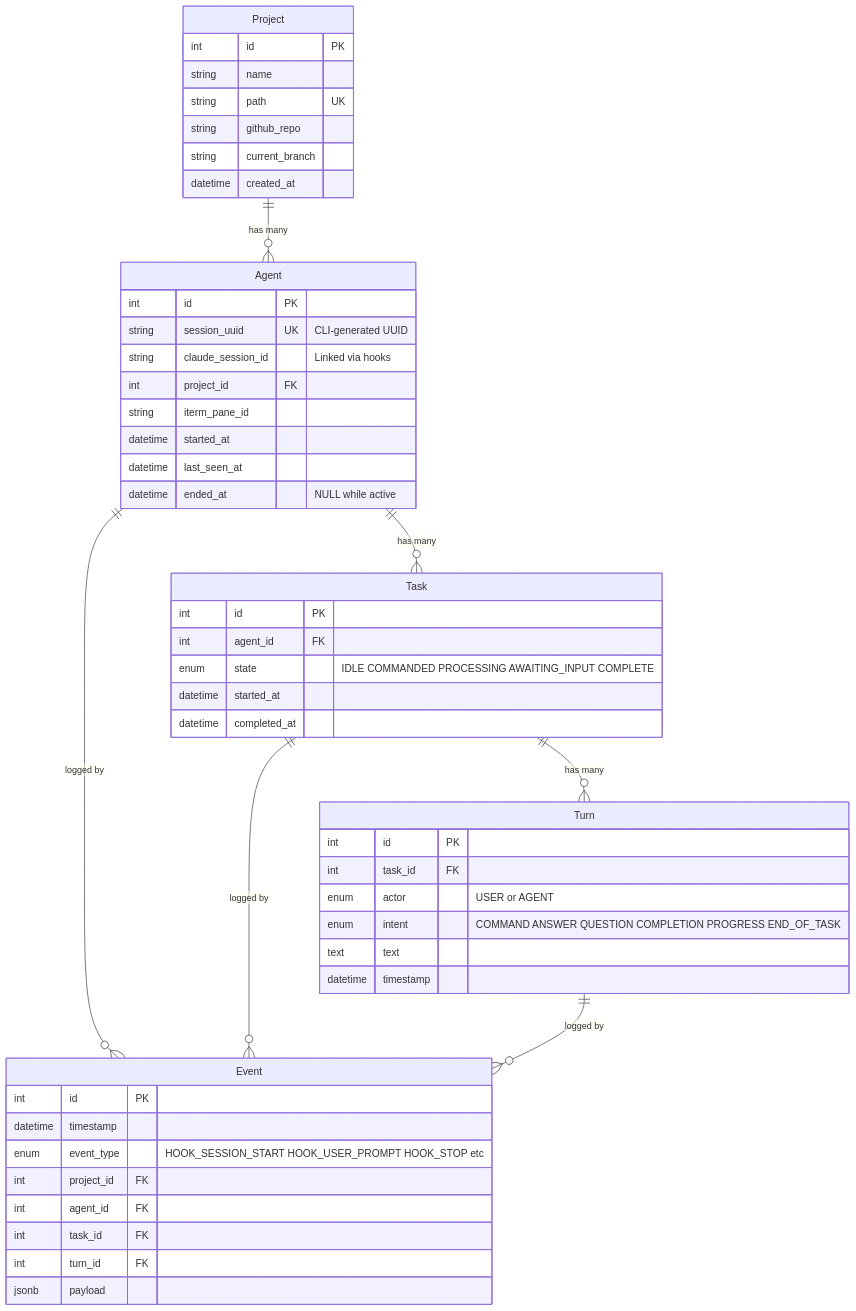
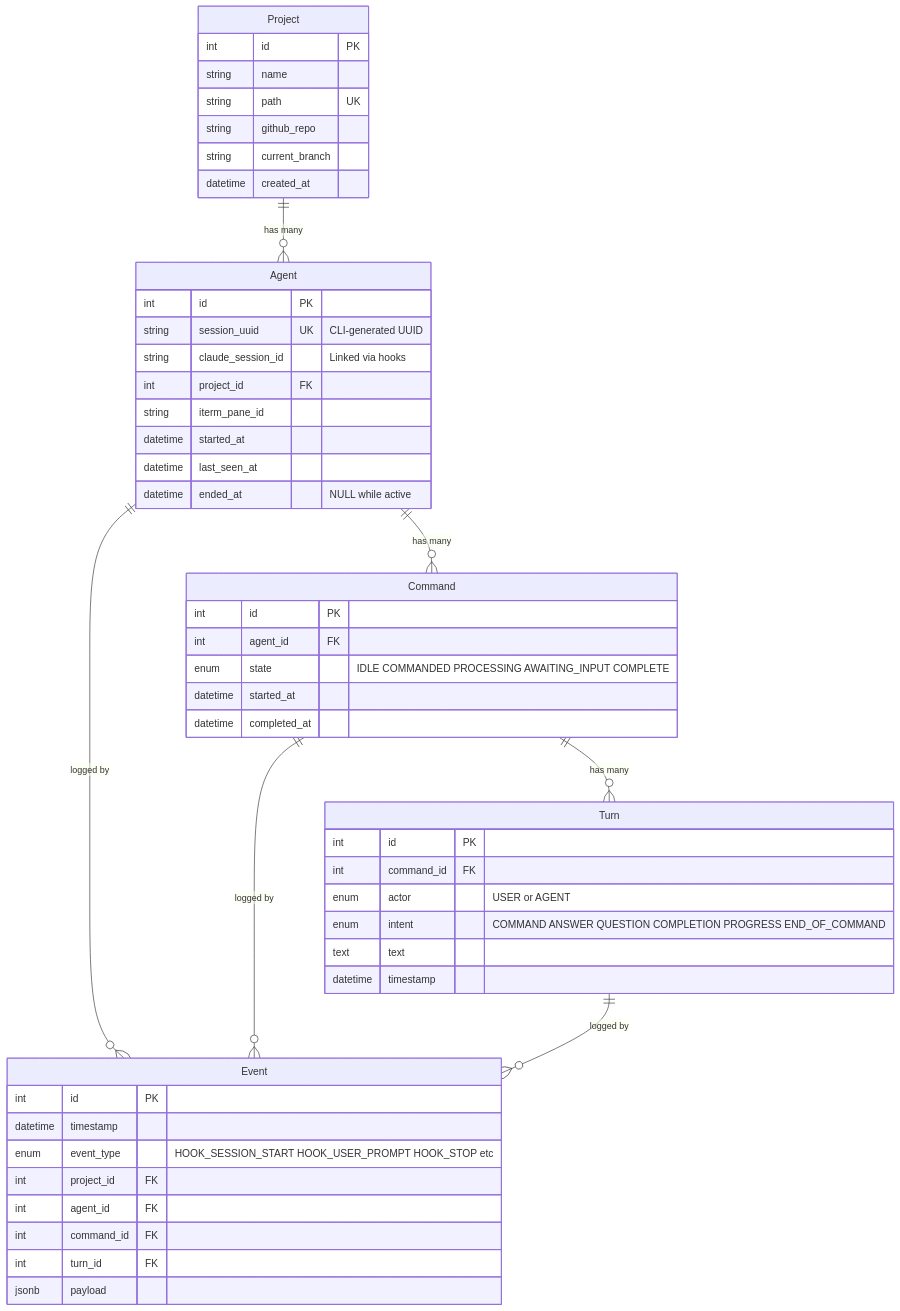
Before and after one commit to samotage/claude-headspace: the second of 4 diagrams in docs/diagrams/full-cycle-sequence-diagram.md, drawn with Mermaid. The commit also changed other lines of this file and 315 other files, not shown here.

First line of the commit message:
refactor: rename Task domain model to Command across entire codebase

````diff
--- a/docs/diagrams/full-cycle-sequence-diagram.md
+++ b/docs/diagrams/full-cycle-sequence-diagram.md
@@ -154,57 +154,57 @@
 ```mermaid
 erDiagram
     Project ||--o{ Agent : "has many"
-    Agent ||--o{ Task : "has many"
-    Task ||--o{ Turn : "has many"
+    Agent ||--o{ Command : "has many"
+    Command ||--o{ Turn : "has many"
     Agent ||--o{ Event : "logged by"
-    Task ||--o{ Event : "logged by"
+    Command ||--o{ Event : "logged by"
     Turn ||--o{ Event : "logged by"
 
     Project {
         int id PK
         string name
         string path UK
         string github_repo
         string current_branch
         datetime created_at
     }
 
     Agent {
         int id PK
         string session_uuid UK "CLI-generated UUID"
         string claude_session_id "Linked via hooks"
         int project_id FK
         string iterm_pane_id
         datetime started_at
         datetime last_seen_at
         datetime ended_at "NULL while active"
     }
 
-    Task {
+    Command {
         int id PK
         int agent_id FK
         enum state "IDLE COMMANDED PROCESSING AWAITING_INPUT COMPLETE"
         datetime started_at
         datetime completed_at
     }
 
     Turn {
         int id PK
-        int task_id FK
+        int command_id FK
         enum actor "USER or AGENT"
-        enum intent "COMMAND ANSWER QUESTION COMPLETION PROGRESS END_OF_TASK"
+        enum intent "COMMAND ANSWER QUESTION COMPLETION PROGRESS END_OF_COMMAND"
         text text
         datetime timestamp
     }
 
     Event {
         int id PK
         datetime timestamp
         enum event_type "HOOK_SESSION_START HOOK_USER_PROMPT HOOK_STOP etc"
         int project_id FK
         int agent_id FK
-        int task_id FK
+        int command_id FK
         int turn_id FK
         jsonb payload
     }
 ```
````
